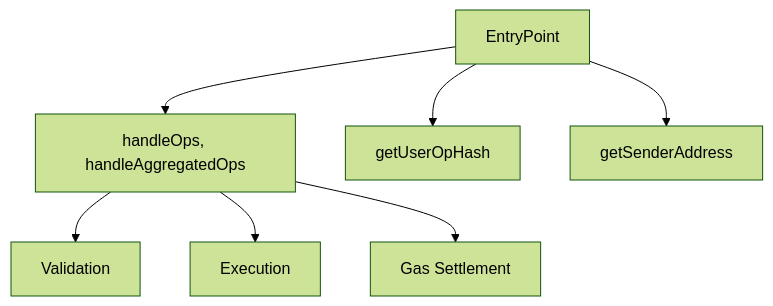
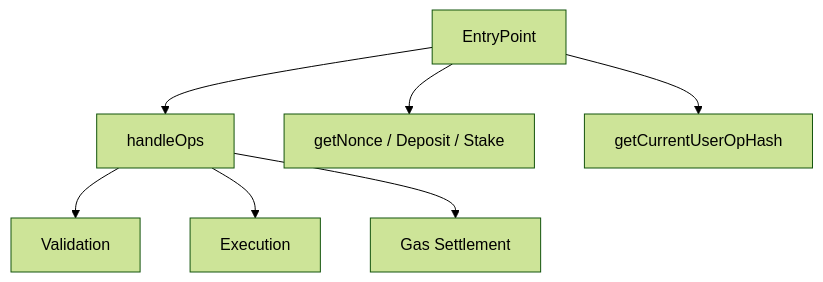
Before and after one commit to onlyhyde/stable-platform: the fourth of 22 diagrams in docs/claude/spec/EIP-4337_스펙표준_정리.md, drawn with Mermaid (forest theme). The commit also changed other lines of this file and 1 other file, not shown here.

````diff
--- a/docs/claude/spec/EIP-4337_스펙표준_정리.md
+++ b/docs/claude/spec/EIP-4337_스펙표준_정리.md
@@ -88,10 +95,10 @@
 ```mermaid
 flowchart TB
     EP[EntryPoint]
-    EP --> H["handleOps, handleAggregatedOps"]
-    EP --> G[getUserOpHash]
-    EP --> SA2[getSenderAddress]
+    EP --> H[handleOps]
+    EP --> NM[getNonce / Deposit / Stake]
+    EP --> CUR[getCurrentUserOpHash]
     H --> V[Validation]
     H --> X[Execution]
     H --> ST[Gas Settlement]
 ```
````
